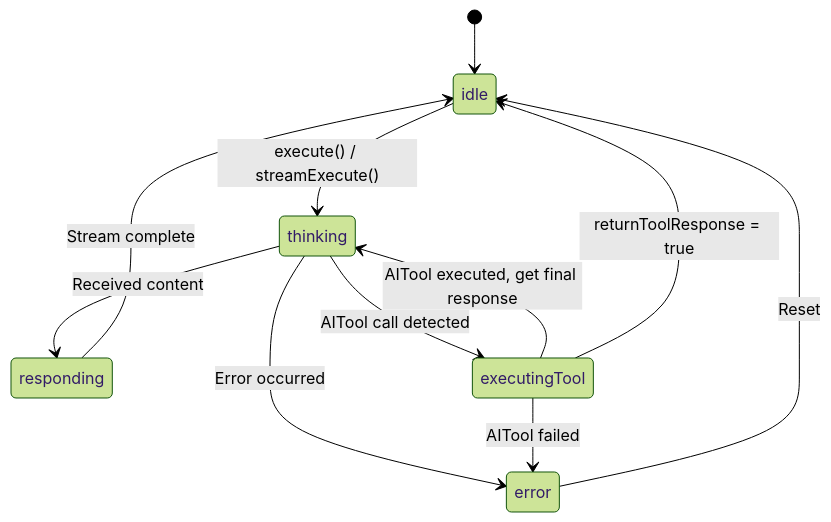
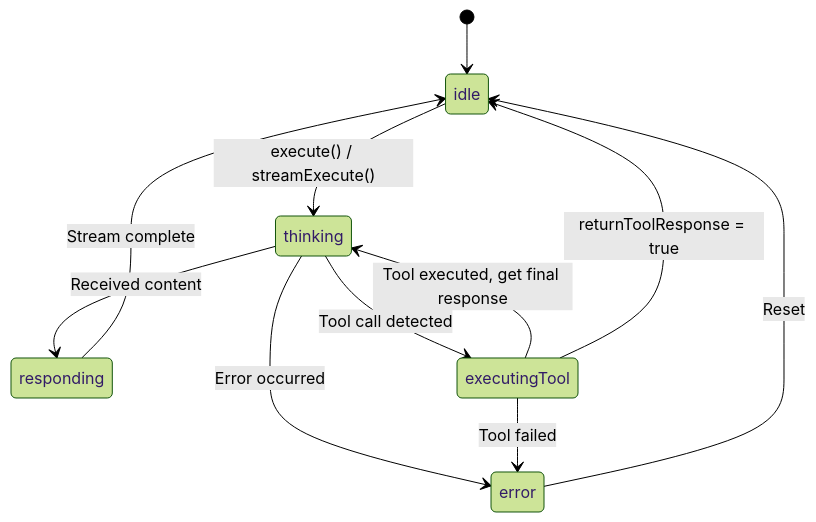
The third of 7 diagrams in docs/AISDK-ARCHITECTURE.md (DanielhCarranza/AISDK), drawn with Mermaid (forest theme) before and after one commit. The commit also changed other lines of this file, not shown here.

First line of the commit message:
Fix architecture doc: AITool→Tool, @AIParameter→@Parameter, MockAILanguageModel→MockLLM

````diff
--- a/docs/AISDK-ARCHITECTURE.md
+++ b/docs/AISDK-ARCHITECTURE.md
@@ -144,13 +144,13 @@
 ```mermaid
 stateDiagram-v2
     [*] --> idle
     idle --> thinking: execute() / streamExecute()
     thinking --> responding: Received content
-    thinking --> executingTool: AITool call detected
-    executingTool --> thinking: AITool executed, get final response
+    thinking --> executingTool: Tool call detected
+    executingTool --> thinking: Tool executed, get final response
     executingTool --> idle: returnToolResponse = true
     responding --> idle: Stream complete
     thinking --> error: Error occurred
-    executingTool --> error: AITool failed
+    executingTool --> error: Tool failed
     error --> idle: Reset
 ```
````
